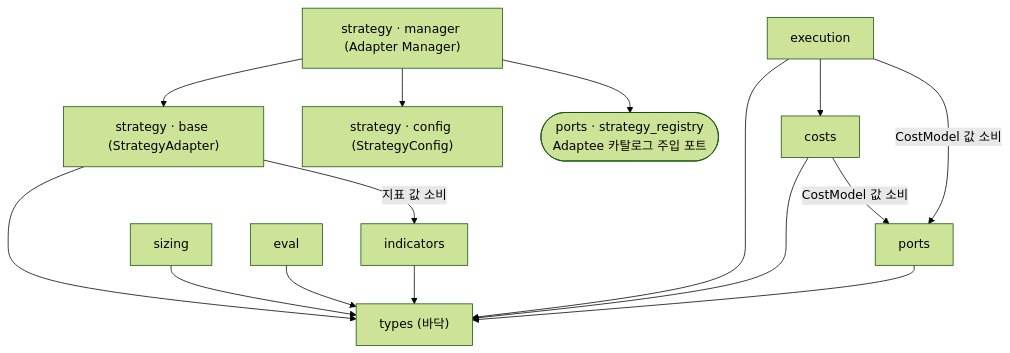
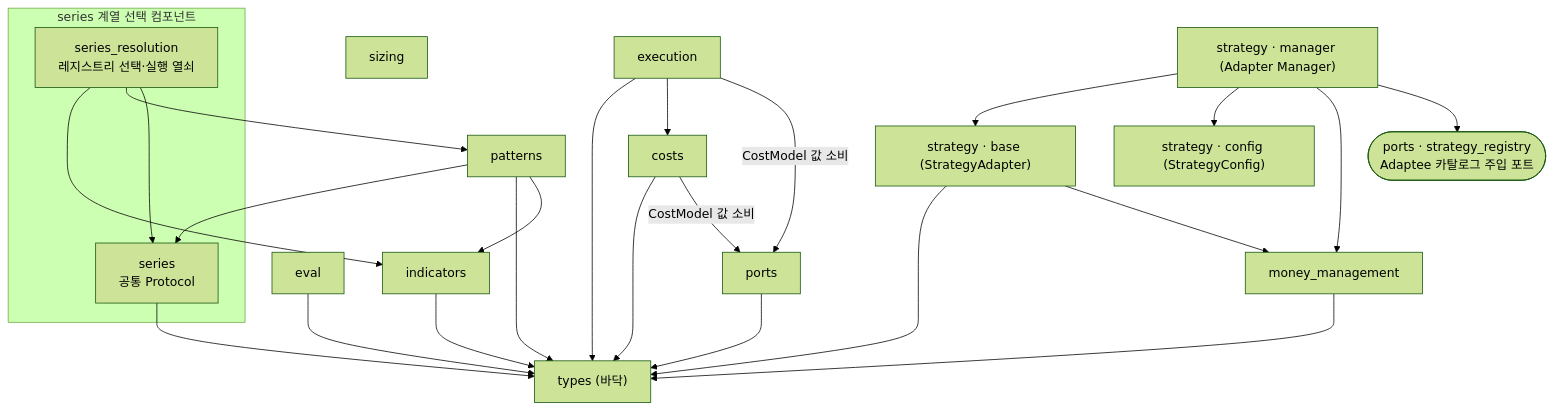
Before and after one commit to vessel35/trading-system-v2: the second of 38 diagrams in docs/fullspec/backtest_v2_detailed_design.md, drawn with Mermaid (forest theme). The commit also changed other lines of this file and 1 other file, not shown here.

````diff
--- a/docs/fullspec/backtest_v2_detailed_design.md
+++ b/docs/fullspec/backtest_v2_detailed_design.md
@@ -426,29 +450,43 @@
 ```mermaid
 flowchart TD
     TYPES["types (바닥)"]
     IND["indicators"]
+    PAT["patterns"]
+    subgraph SERIES["series 계열 선택 컴포넌트"]
+        SER["series<br/>공통 Protocol"]
+        RES["series_resolution<br/>레지스트리 선택·실행 열쇠"]
+    end
+    MM["money_management"]
     SIZ["sizing"]
     CST["costs"]
     EVAL["eval"]
     PORT["ports"]
     STRAT["strategy · base (StrategyAdapter)"]
     EXE["execution"]
     MGR["strategy · manager (Adapter Manager)"]
     CFG["strategy · config (StrategyConfig)"]
     REG(["ports · strategy_registry<br/>Adaptee 카탈로그 주입 포트"])
 
     IND --> TYPES
-    SIZ --> TYPES
+    PAT --> TYPES
+    PAT --> IND
+    PAT --> SER
+    RES --> IND
+    RES --> PAT
+    RES --> SER
+    SER --> TYPES
+    MM --> TYPES
     CST --> TYPES
     CST -->|CostModel 값 소비| PORT
     EVAL --> TYPES
     PORT --> TYPES
     STRAT --> TYPES
-    STRAT -->|지표 값 소비| IND
+    STRAT --> MM
     EXE --> TYPES
     EXE --> CST
     EXE -->|CostModel 값 소비| PORT
     MGR --> STRAT
     MGR --> CFG
+    MGR --> MM
     MGR --> REG
 ```
````
